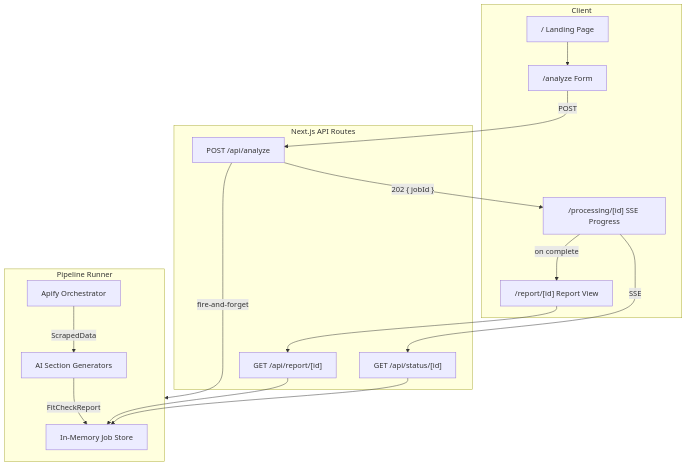
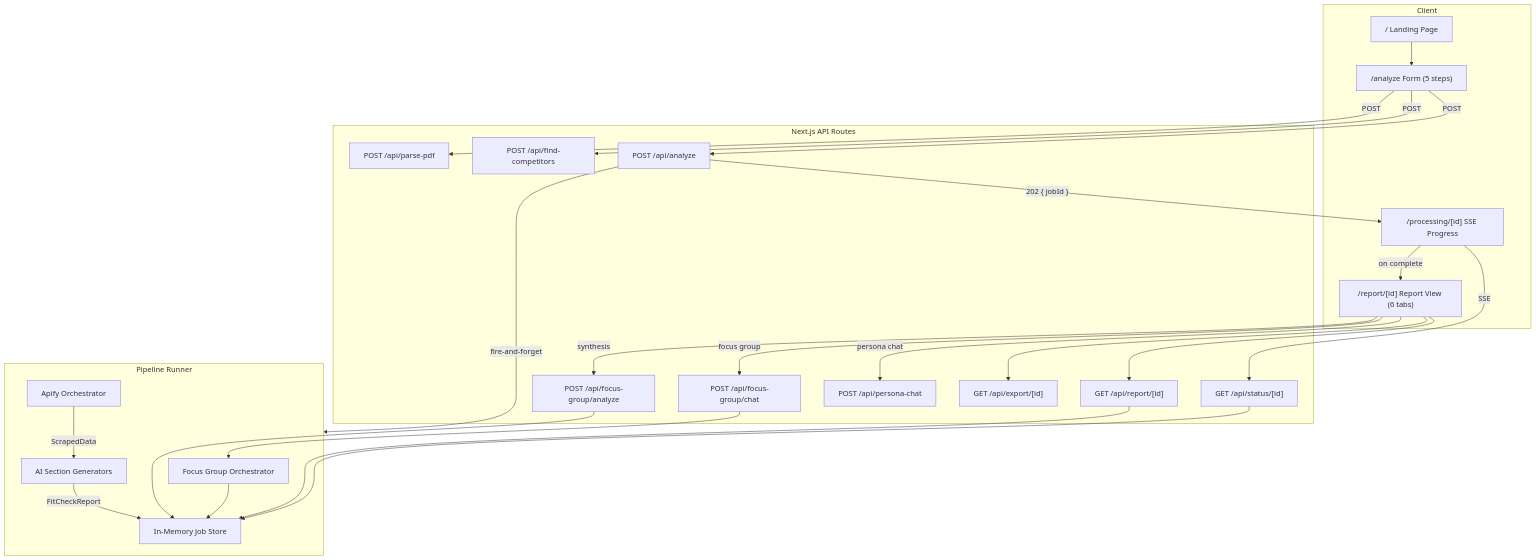
One commit to ongyixin/CreateYourOwnLuck changed the diagram in README.md. Above: the diagram before and after it, drawn with Mermaid. The commit also changed other lines of this file and 2 other files, not shown here.

````diff
--- a/README.md
+++ b/README.md
@@ -52,33 +67,49 @@
 ```mermaid
 flowchart TB
     subgraph Client
         Landing["/ Landing Page"]
-        Form["/analyze Form"]
+        Form["/analyze Form (5 steps)"]
         Progress["/processing/[id] SSE Progress"]
-        Report["/report/[id] Report View"]
+        Report["/report/[id] Report View (6 tabs)"]
     end
 
     subgraph API["Next.js API Routes"]
         Analyze["POST /api/analyze"]
         Status["GET /api/status/[id]"]
         ReportAPI["GET /api/report/[id]"]
+        Export["GET /api/export/[id]"]
+        FindComp["POST /api/find-competitors"]
+        ParsePDF["POST /api/parse-pdf"]
+        PersonaChat["POST /api/persona-chat"]
+        FGChat["POST /api/focus-group/chat"]
+        FGAnalyze["POST /api/focus-group/analyze"]
     end
 
     subgraph Pipeline["Pipeline Runner"]
         Store["In-Memory Job Store"]
         Scrape["Apify Orchestrator"]
         AI["AI Section Generators"]
+        FG["Focus Group Orchestrator"]
     end
 
     Landing --> Form
     Form -->|POST| Analyze
+    Form -->|POST| FindComp
+    Form -->|POST| ParsePDF
     Analyze -->|"202 { jobId }"| Progress
     Analyze -->|fire-and-forget| Pipeline
     Progress -->|SSE| Status
     Status --> Store
     Progress -->|on complete| Report
     Report --> ReportAPI
+    Report --> Export
+    Report -->|persona chat| PersonaChat
+    Report -->|focus group| FGChat
+    Report -->|synthesis| FGAnalyze
     ReportAPI --> Store
     Scrape -->|ScrapedData| AI
     AI -->|FitCheckReport| Store
+    FGChat --> FG
+    FG --> Store
+    FGAnalyze --> Store
 ```
````
